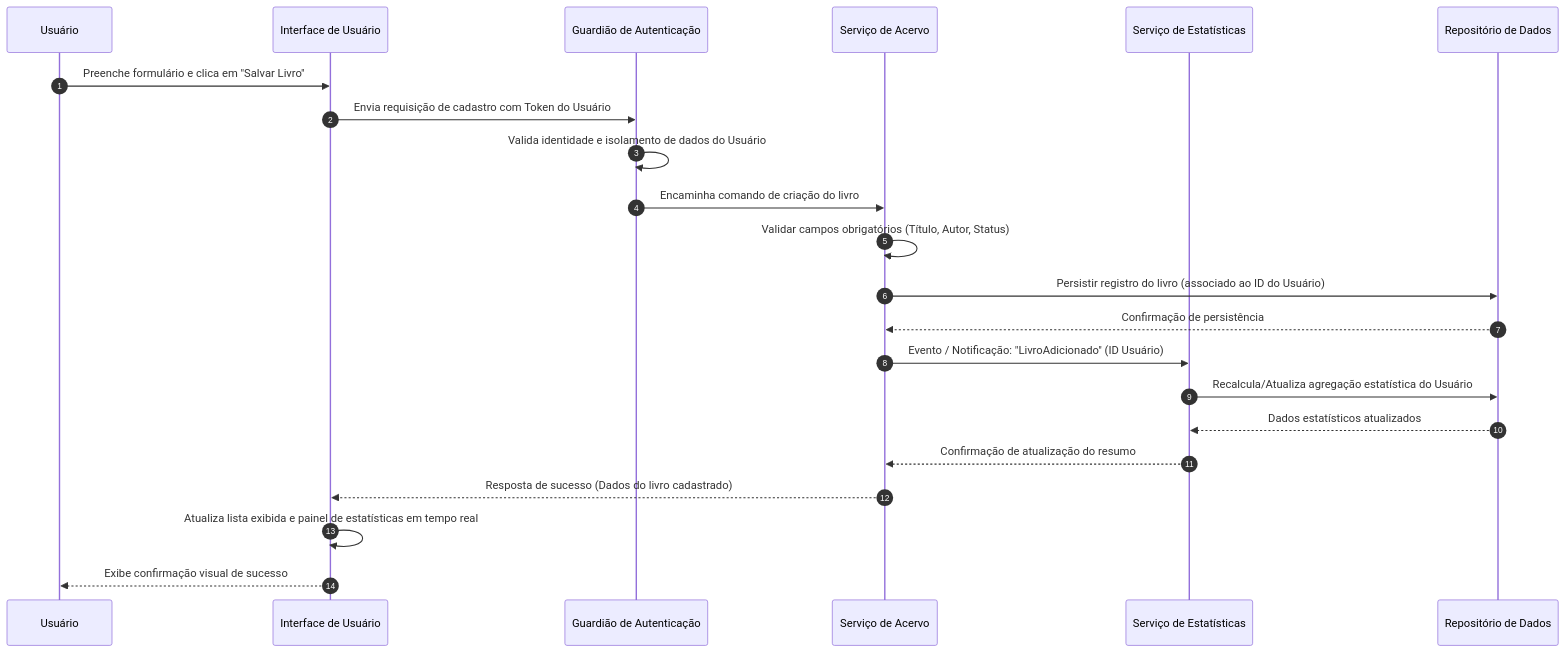
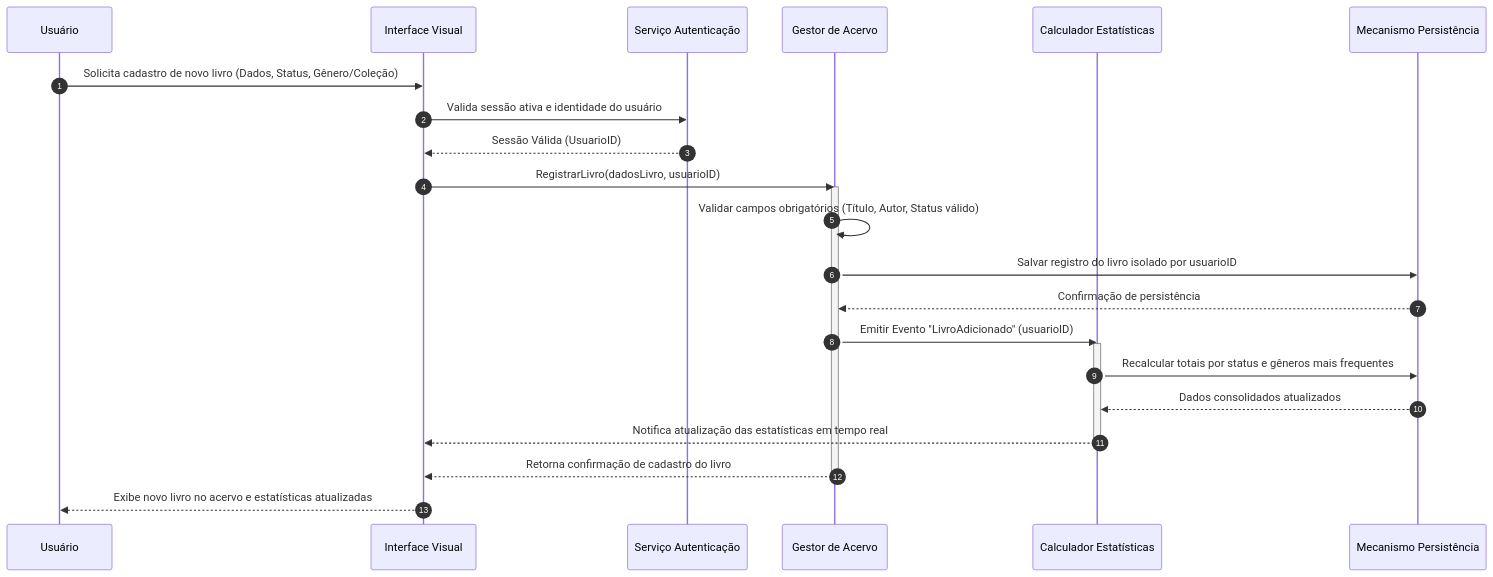
Before and after one commit to PDC-ESIA/AI4ES: the second of 3 diagrams in docs/Time_2_Design/analise-qualitativa/outputs/relatorio_gemini_3_6_flash_P04.md, drawn with Mermaid. The commit also changed other lines of this file and 107 other files, not shown here.

````diff
--- a/docs/Time_2_Design/analise-qualitativa/outputs/relatorio_gemini_3_6_flash_P04.md
+++ b/docs/Time_2_Design/analise-qualitativa/outputs/relatorio_gemini_3_6_flash_P04.md
@@ -66,25 +67,32 @@
 ```mermaid
 sequenceDiagram
     autonumber
     participant U as Usuário
-    participant UI as Interface de Usuário
-    participant AG as Guardião de Autenticação
-    participant CS as Serviço de Acervo
-    participant SS as Serviço de Estatísticas
-    participant DS as Repositório de Dados
+    participant UI as Interface Visual
+    participant Auth as Serviço Autenticação
+    participant Cat as Gestor de Acervo
+    participant Stats as Calculador Estatísticas
+    participant DB as Mecanismo Persistência
 
-    U->>UI: Preenche formulário e clica em "Salvar Livro"
-    UI->>AG: Envia requisição de cadastro com Token do Usuário
-    AG->>AG: Valida identidade e isolamento de dados do Usuário
-    AG->>CS: Encaminha comando de criação do livro
-    CS->>CS: Validar campos obrigatórios (Título, Autor, Status)
-    CS->>DS: Persistir registro do livro (associado ao ID do Usuário)
-    DS-->>CS: Confirmação de persistência
-    CS->>SS: Evento / Notificação: "LivroAdicionado" (ID Usuário)
-    SS->>DS: Recalcula/Atualiza agregação estatística do Usuário
-    DS-->>SS: Dados estatísticos atualizados
-    SS-->>CS: Confirmação de atualização do resumo
-    CS-->>UI: Resposta de sucesso (Dados do livro cadastrado)
-    UI->>UI: Atualiza lista exibida e painel de estatísticas em tempo real
-    UI-->>U: Exibe confirmação visual de sucesso
+    U->>UI: Solicita cadastro de novo livro (Dados, Status, Gênero/Coleção)
+    UI->>Auth: Valida sessão ativa e identidade do usuário
+    Auth-->>UI: Sessão Válida (UsuarioID)
+    UI->>Cat: RegistrarLivro(dadosLivro, usuarioID)
+    
+    activate Cat
+    Cat->>Cat: Validar campos obrigatórios (Título, Autor, Status válido)
+    Cat->>DB: Salvar registro do livro isolado por usuarioID
+    DB-->>Cat: Confirmação de persistência
+    
+    Cat->>Stats: Emitir Evento "LivroAdicionado" (usuarioID)
+    activate Stats
+    Stats->>DB: Recalcular totais por status e gêneros mais frequentes
+    DB-->>Stats: Dados consolidados atualizados
+    Stats-->>UI: Notifica atualização das estatísticas em tempo real
+    deactivate Stats
+
+    Cat-->>UI: Retorna confirmação de cadastro do livro
+    deactivate Cat
+    
+    UI-->>U: Exibe novo livro no acervo e estatísticas atualizadas
 ```
````
